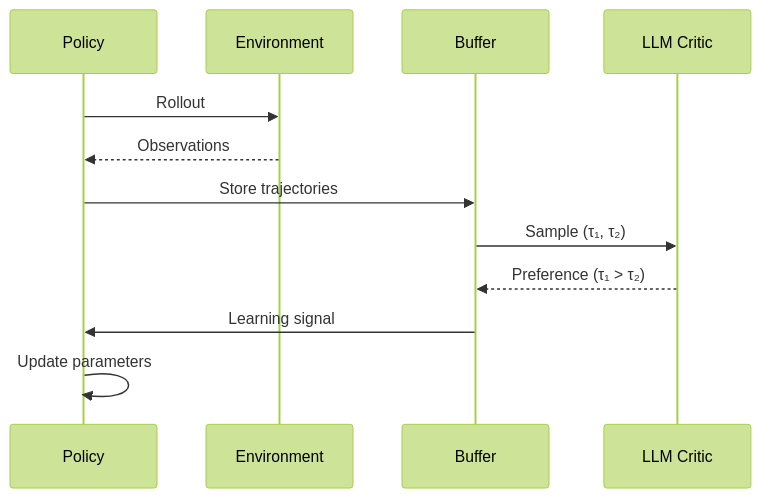
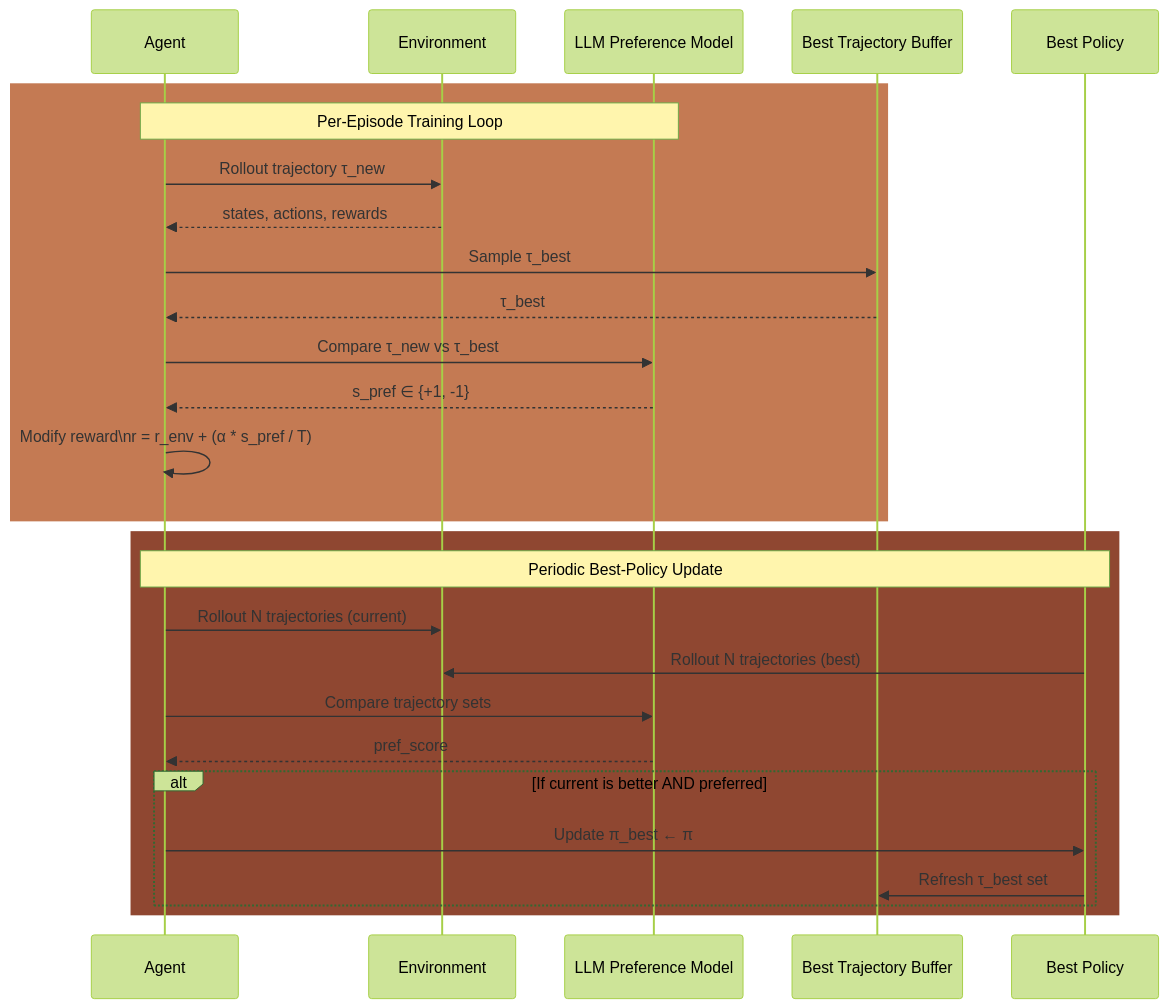
The diagram in readme.md (Ashwith25/verdict-rl), drawn with Mermaid (forest theme) before and after one commit. The commit also changed other lines of this file, not shown here.

Commit message:
updated the sequence diagram

````diff
--- a/readme.md
+++ b/readme.md
@@ -45,17 +30,40 @@
 ```mermaid
 sequenceDiagram
-    participant Policy
+    participant SAC as Agent
     participant Env as Environment
-    participant Buffer
-    participant LLM as LLM Critic
+    participant LLM as LLM Preference Model
+    participant Bank as Best Trajectory Buffer
+    participant Best as Best Policy
 
-    Policy->>Env: Rollout
-    Env-->>Policy: Observations
-    Policy->>Buffer: Store trajectories
+    %% ===== Training Loop =====
+    rect rgb(196,122,83)
+        note over SAC,LLM: Per-Episode Training Loop
 
-    Buffer->>LLM: Sample (τ₁, τ₂)
-    LLM-->>Buffer: Preference (τ₁ > τ₂)
+        SAC->>Env: Rollout trajectory τ_new
+        Env-->>SAC: states, actions, rewards
 
-    Buffer->>Policy: Learning signal
-    Policy->>Policy: Update parameters
+        SAC->>Bank: Sample τ_best
+        Bank-->>SAC: τ_best
+
+        SAC->>LLM: Compare τ_new vs τ_best
+        LLM-->>SAC: s_pref ∈ {+1, -1}
+
+        SAC->>SAC: Modify reward\nr = r_env + (α * s_pref / T)
+    end
+
+    %% ===== Best Policy Update =====
+    rect rgb(143,71,49)
+        note over SAC,Best: Periodic Best-Policy Update
+
+        SAC->>Env: Rollout N trajectories (current)
+        Best->>Env: Rollout N trajectories (best)
+
+        SAC->>LLM: Compare trajectory sets
+        LLM-->>SAC: pref_score
+
+        alt If current is better AND preferred
+            SAC->>Best: Update π_best ← π
+            Best->>Bank: Refresh τ_best set
+        end
+    end
 ```
````
